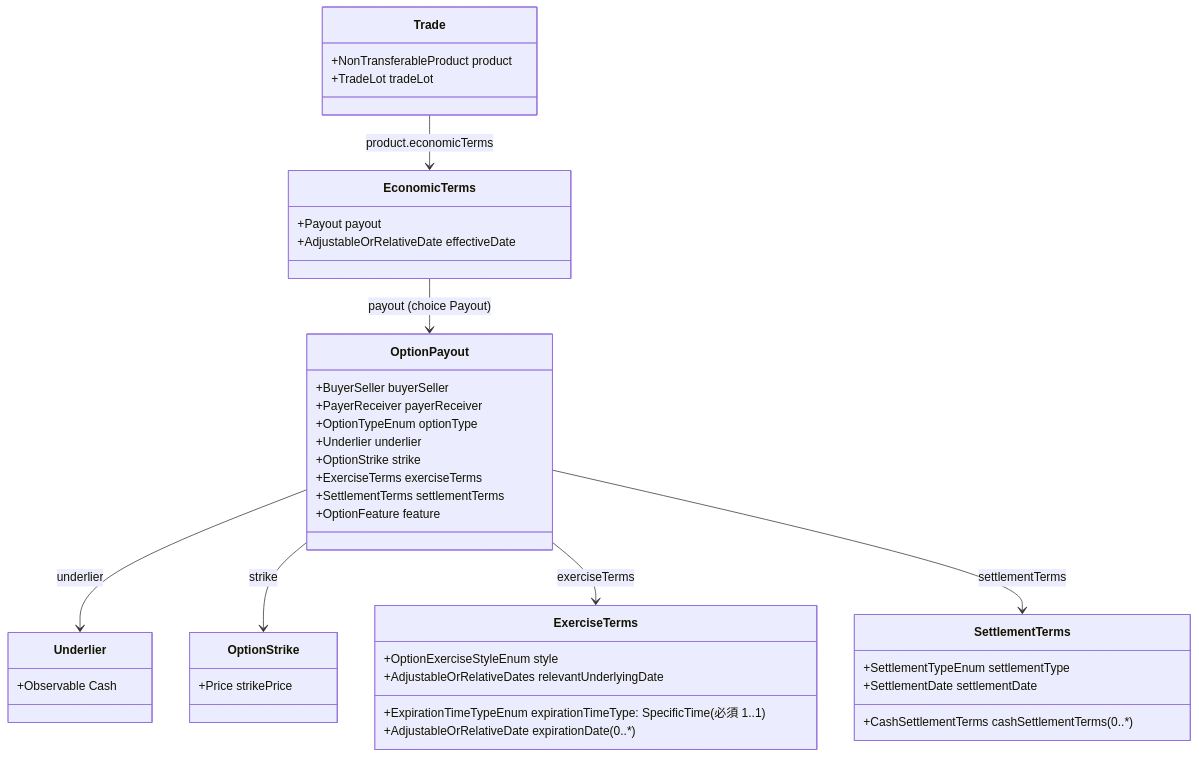
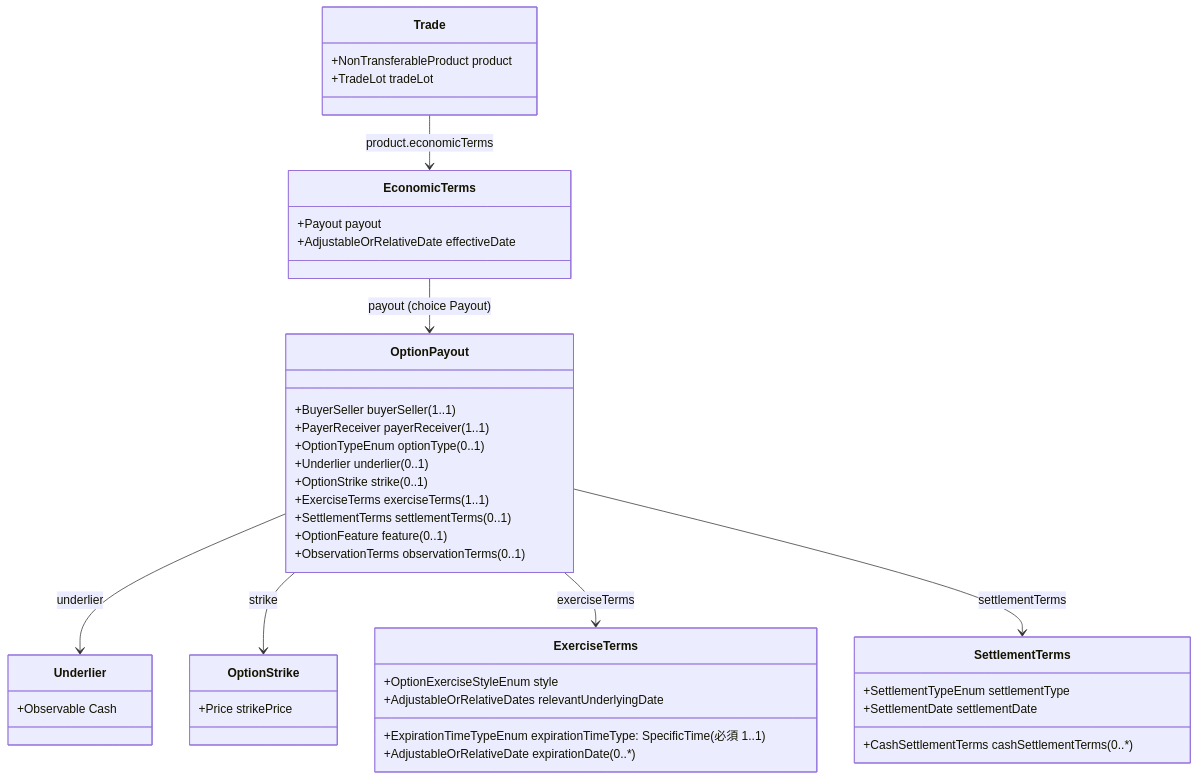
Before and after one commit to matsuuramasakazu/my_cdm_wiki: the fifth of 16 diagrams in cdm_wiki/concepts/fx_products_and_synthetic_forward.md, drawn with Mermaid. The commit also changed other lines of this file and 5 other files, not shown here.

````diff
--- a/cdm_wiki/concepts/fx_products_and_synthetic_forward.md
+++ b/cdm_wiki/concepts/fx_products_and_synthetic_forward.md
@@ -382,44 +382,45 @@
 ```mermaid
 classDiagram
     class Trade {
         +NonTransferableProduct product
         +TradeLot tradeLot
     }
     class EconomicTerms {
         +Payout payout
         +AdjustableOrRelativeDate effectiveDate
     }
     class OptionPayout {
-        +BuyerSeller buyerSeller
-        +PayerReceiver payerReceiver
-        +OptionTypeEnum optionType
-        +Underlier underlier
-        +OptionStrike strike
-        +ExerciseTerms exerciseTerms
-        +SettlementTerms settlementTerms
-        +OptionFeature feature
+        +BuyerSeller buyerSeller (1..1)
+        +PayerReceiver payerReceiver (1..1)
+        +OptionTypeEnum optionType (0..1)
+        +Underlier underlier (0..1)
+        +OptionStrike strike (0..1)
+        +ExerciseTerms exerciseTerms (1..1)
+        +SettlementTerms settlementTerms (0..1)
+        +OptionFeature feature (0..1)
+        +ObservationTerms observationTerms (0..1)
     }
     class Underlier {
         +Observable Cash
     }
     class OptionStrike {
         +Price strikePrice
     }
     class ExerciseTerms {
         +OptionExerciseStyleEnum style
         +ExpirationTimeTypeEnum expirationTimeType: SpecificTime (必須 1..1)
         +AdjustableOrRelativeDate expirationDate (0..*)
         +AdjustableOrRelativeDates relevantUnderlyingDate
     }
     class SettlementTerms {
         +SettlementTypeEnum settlementType
         +SettlementDate settlementDate
         +CashSettlementTerms cashSettlementTerms (0..*)
     }
     Trade --> EconomicTerms : product.economicTerms
     EconomicTerms --> OptionPayout : payout (choice Payout)
     OptionPayout --> Underlier : underlier
     OptionPayout --> OptionStrike : strike
     OptionPayout --> ExerciseTerms : exerciseTerms
     OptionPayout --> SettlementTerms : settlementTerms
 ```
````
